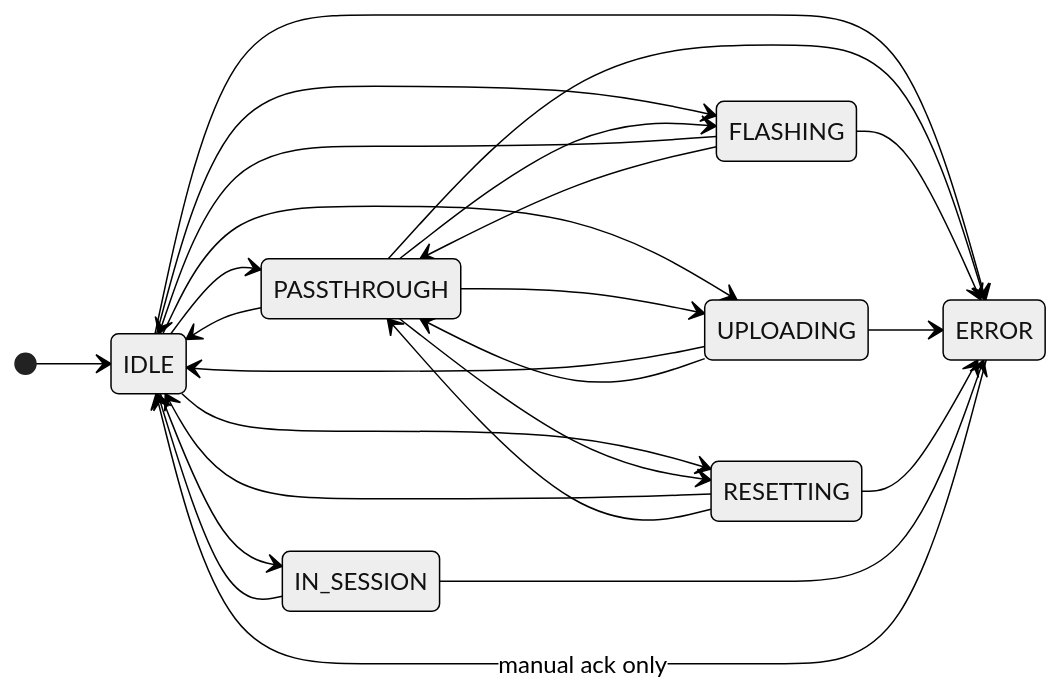
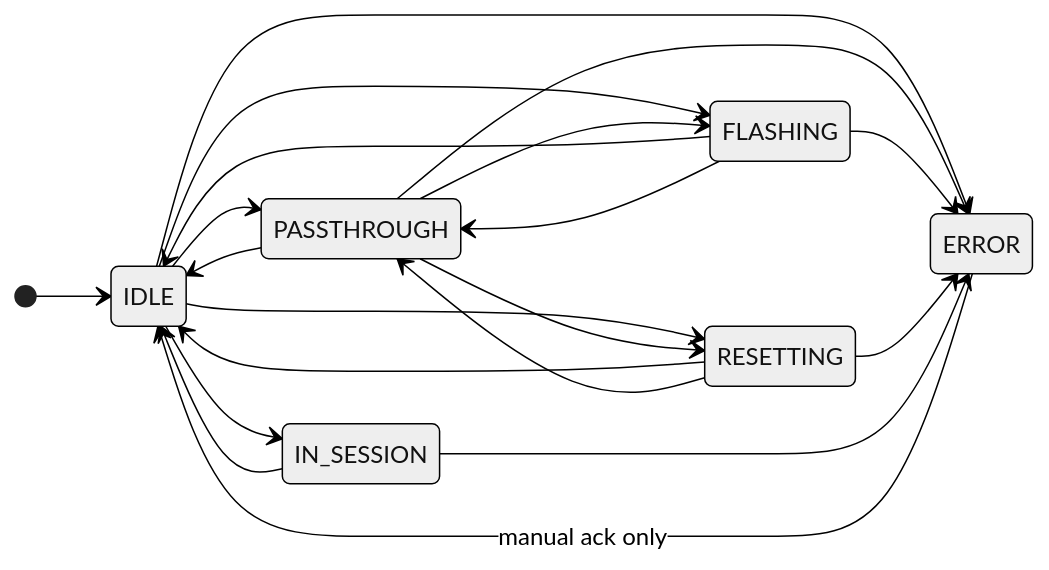
Before and after one commit to Chase-NJ/Ephymeris: the first of 3 diagrams in docs/dashboard.md, drawn with Mermaid (neutral theme). The commit also changed other lines of this file and 271 other files, not shown here.

````diff
--- a/docs/dashboard.md
+++ b/docs/dashboard.md
@@ -279,28 +279,23 @@
 ```mermaid
 stateDiagram-v2
     direction LR
     [*] --> IDLE
     IDLE --> PASSTHROUGH
     IDLE --> FLASHING
     IDLE --> RESETTING
     IDLE --> IN_SESSION
     PASSTHROUGH --> IDLE
     PASSTHROUGH --> FLASHING
     PASSTHROUGH --> RESETTING
-    IDLE --> UPLOADING
-    PASSTHROUGH --> UPLOADING
     FLASHING --> IDLE
     FLASHING --> PASSTHROUGH
-    UPLOADING --> IDLE
-    UPLOADING --> PASSTHROUGH
     RESETTING --> IDLE
     RESETTING --> PASSTHROUGH
     IN_SESSION --> IDLE
     IDLE --> ERROR
     PASSTHROUGH --> ERROR
     FLASHING --> ERROR
-    UPLOADING --> ERROR
     RESETTING --> ERROR
     IN_SESSION --> ERROR
     ERROR --> IDLE : manual ack only
 ```
````
